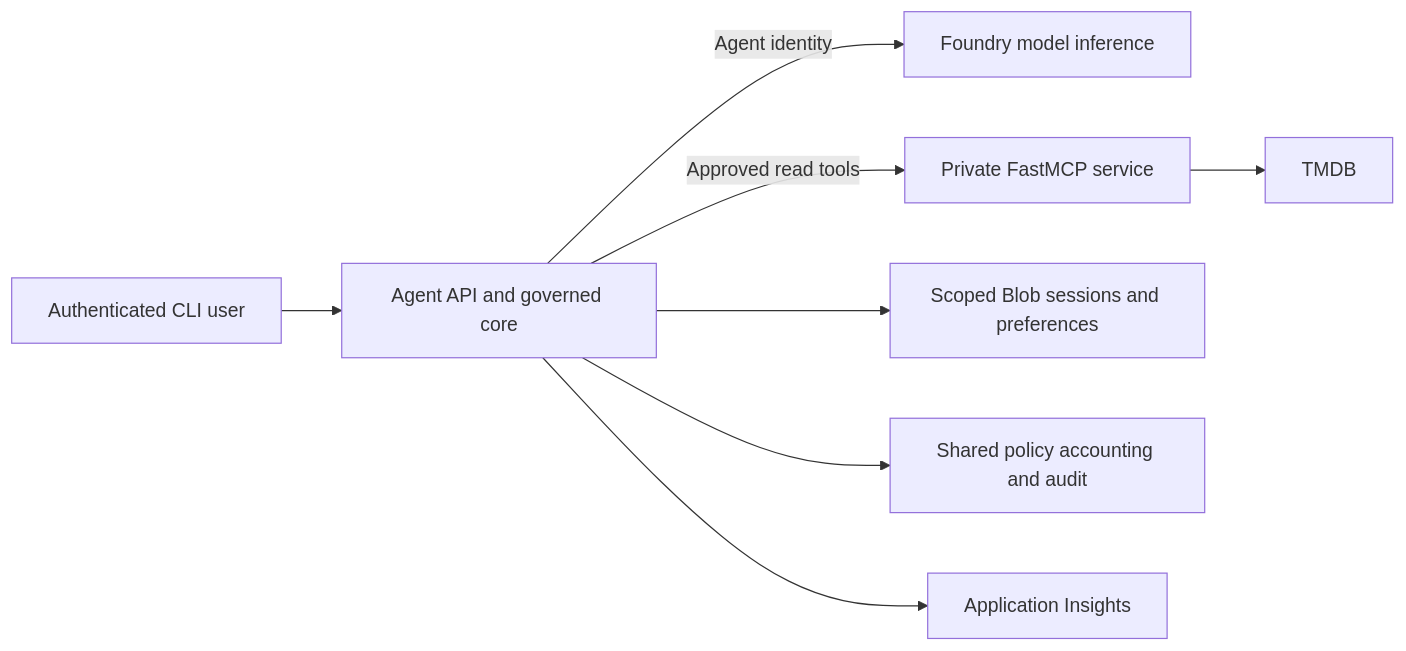
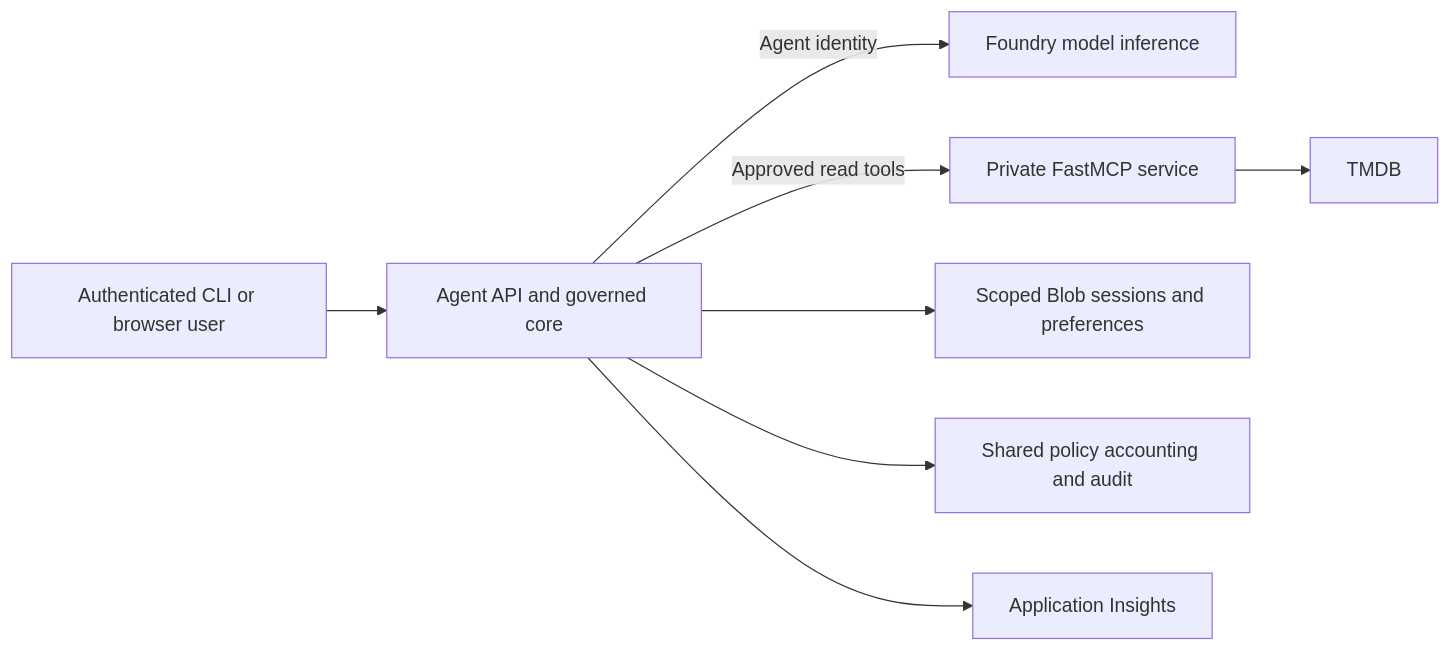
One commit to gardlt/az-maf-agent changed the diagram in README.md. Above: the diagram before and after it, drawn with Mermaid. The commit also changed other lines of this file and 4 other files, not shown here.

````diff
--- a/README.md
+++ b/README.md
@@ -28,10 +28,10 @@
 ```mermaid
 flowchart LR
-  U[Authenticated CLI user] --> A[Agent API and governed core]
+  U[Authenticated CLI or browser user] --> A[Agent API and governed core]
   A -->|Agent identity| F[Foundry model inference]
   A -->|Approved read tools| M[Private FastMCP service]
   M --> T[TMDB]
   A --> B[Scoped Blob sessions and preferences]
   A --> C[Shared policy accounting and audit]
   A --> O[Application Insights]
 ```
````
